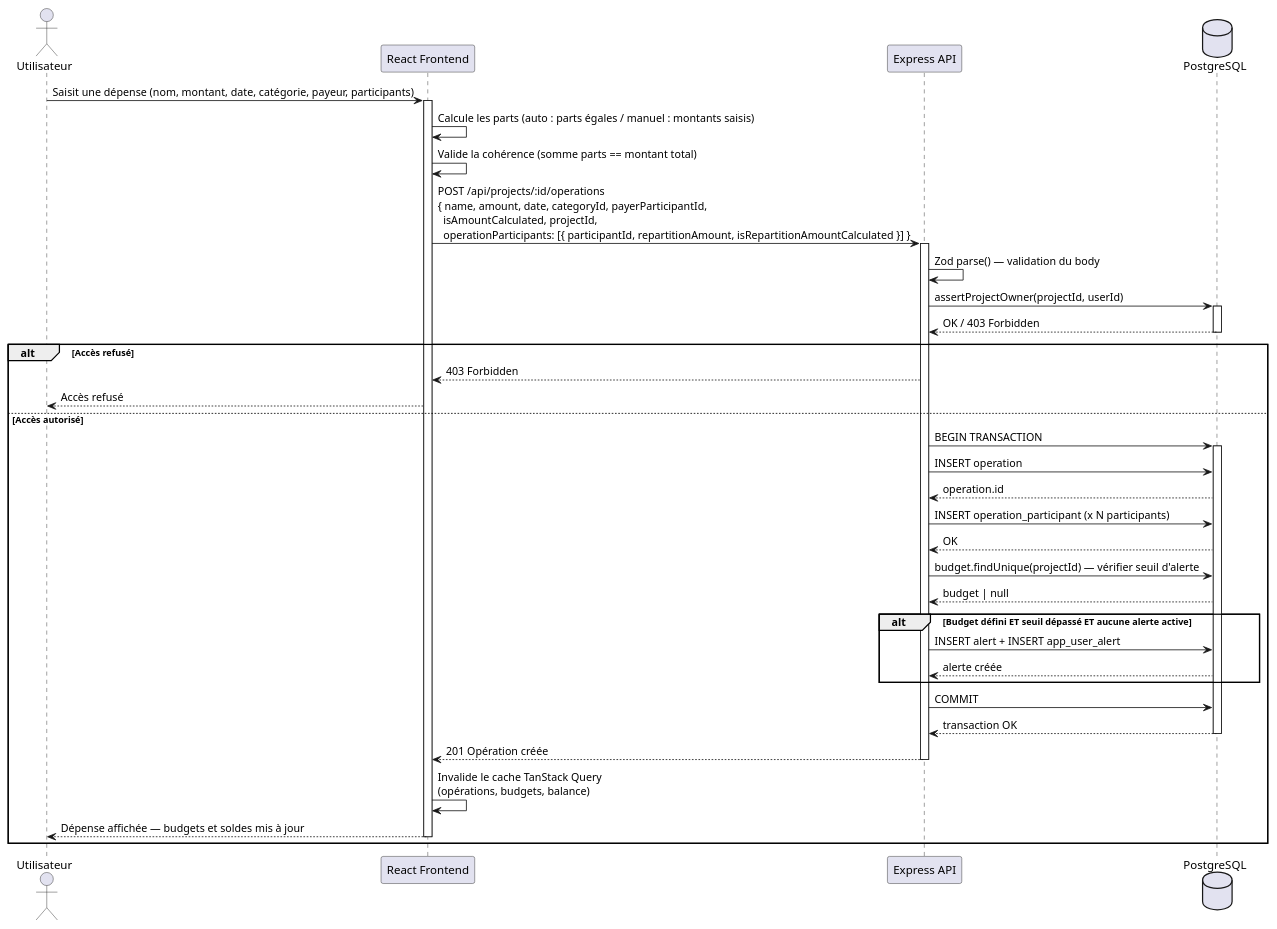
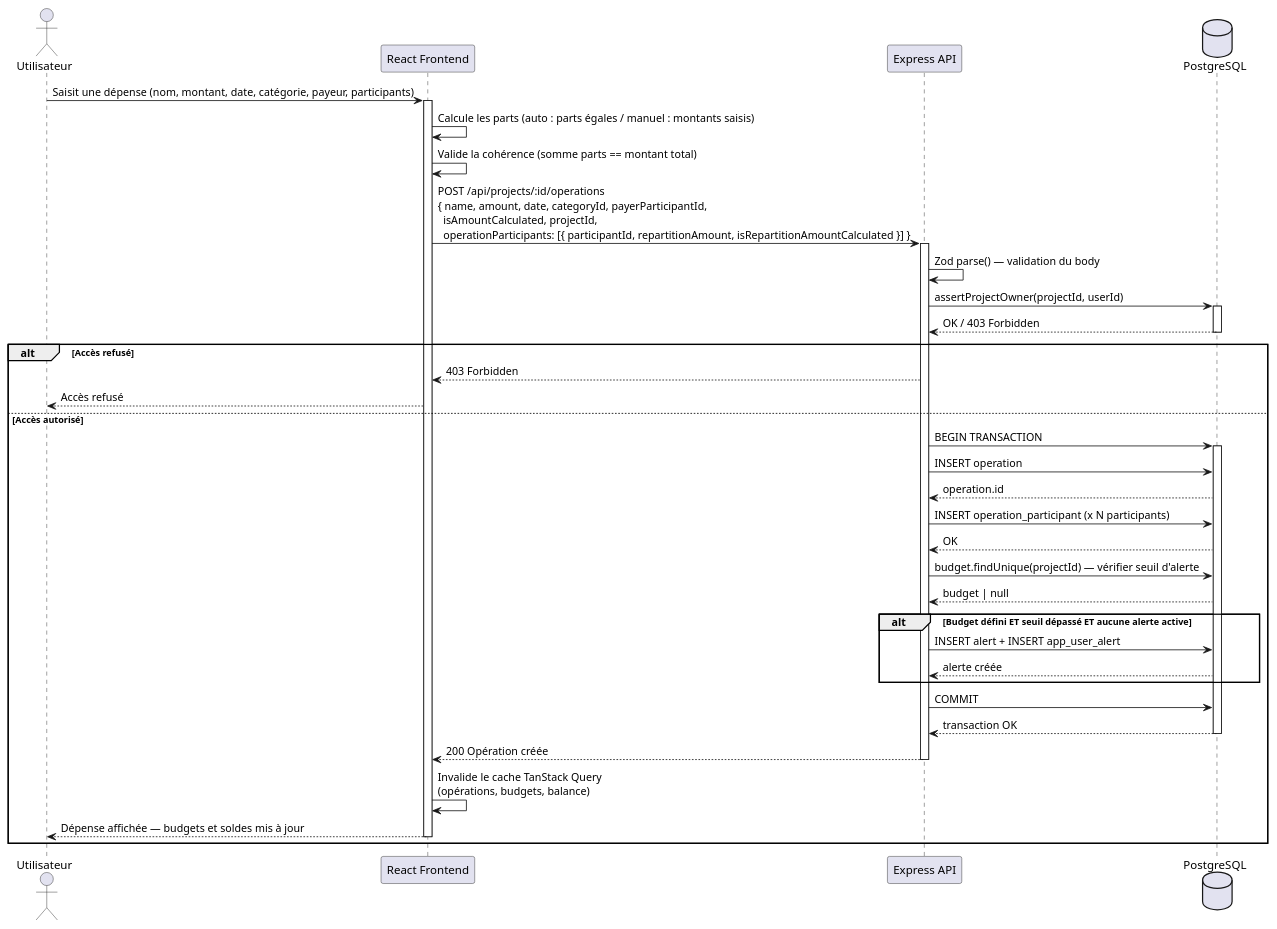
The diagram in docs/s0.conception/conception/diagramme.de.sequence/add-operation-sequence.puml (accolette/apotheose-LaPince-backend), drawn with PlantUML before and after one commit. The commit also changed 15 other files, not shown here.

```diff
--- a/docs/s0.conception/conception/diagramme.de.sequence/add-operation-sequence.puml
+++ b/docs/s0.conception/conception/diagramme.de.sequence/add-operation-sequence.puml
@@ -1,59 +1,59 @@
 @startuml
 
 actor Utilisateur
 
 participant "React Frontend" as Front
 participant "Express API" as API
 database "PostgreSQL" as DB
 
 Utilisateur -> Front : Saisit une dépense (nom, montant, date, catégorie, payeur, participants)
 activate Front
 
 Front -> Front : Calcule les parts (auto : parts égales / manuel : montants saisis)
 Front -> Front : Valide la cohérence (somme parts == montant total)
 
 Front -> API : POST /api/projects/:id/operations\n{ name, amount, date, categoryId, payerParticipantId,\n  isAmountCalculated, projectId,\n  operationParticipants: [{ participantId, repartitionAmount, isRepartitionAmountCalculated }] }
 activate API
 
 API -> API : Zod parse() — validation du body
 API -> DB : assertProjectOwner(projectId, userId)
 activate DB
 DB --> API : OK / 403 Forbidden
 deactivate DB
 
 alt Accès refusé
     API --> Front : 403 Forbidden
     Front --> Utilisateur : Accès refusé
 else Accès autorisé
 
     API -> DB : BEGIN TRANSACTION
     activate DB
 
     API -> DB : INSERT operation
     DB --> API : operation.id
 
     API -> DB : INSERT operation_participant (x N participants)
     DB --> API : OK
 
     API -> DB : budget.findUnique(projectId) — vérifier seuil d'alerte
     DB --> API : budget | null
 
     alt Budget défini ET seuil dépassé ET aucune alerte active
         API -> DB : INSERT alert + INSERT app_user_alert
         DB --> API : alerte créée
     end
 
     API -> DB : COMMIT
     DB --> API : transaction OK
     deactivate DB
 
-    API --> Front : 201 Opération créée
+    API --> Front : 200 Opération créée
     deactivate API
 
     Front -> Front : Invalide le cache TanStack Query\n(opérations, budgets, balance)
     Front --> Utilisateur : Dépense affichée — budgets et soldes mis à jour
     deactivate Front
 
 end
 
 @enduml
```
